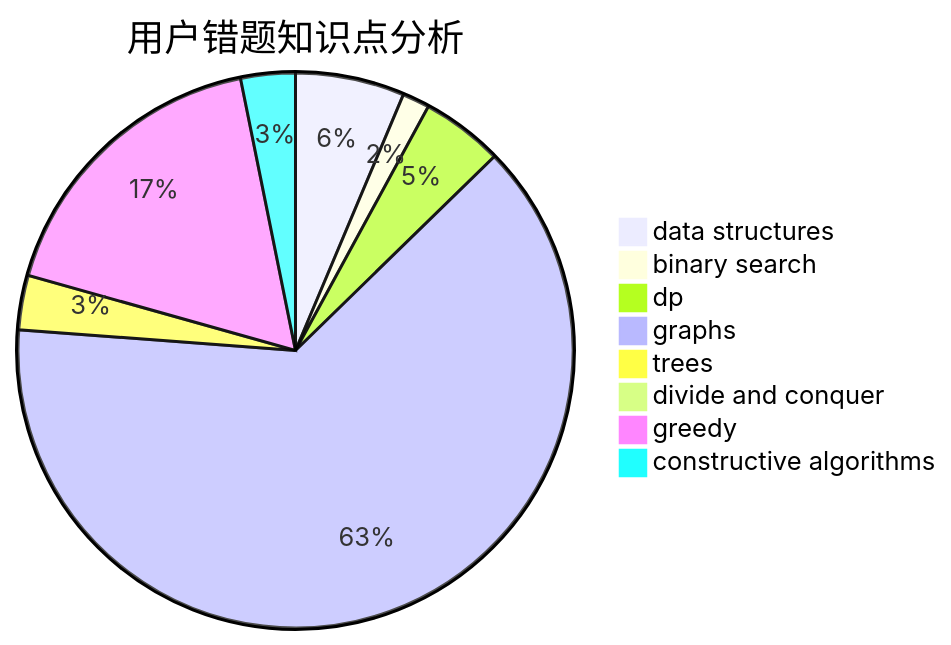
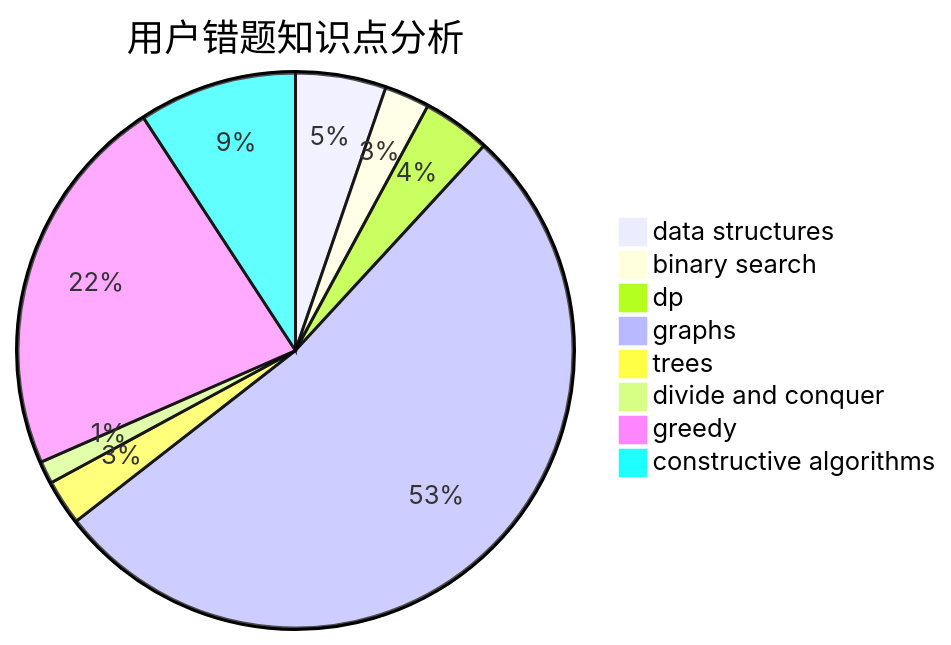
Before and after one commit to sherpahu/cfrs.github.io: the third of 3 diagrams in docs/user/u1888.md, drawn with Mermaid. The commit also changed other lines of this file and 2770 other files, not shown here.

````diff
--- a/docs/user/u1888.md
+++ b/docs/user/u1888.md
@@ -36,11 +36,11 @@
 ```mermaid
 pie title 用户错题知识点分析
     "data structures" :  4
-    "binary search" :  1
+    "binary search" :  2
     "dp" :  3
     "graphs" :  40
     "trees" :  2
-    "divide and conquer" :  0
-    "greedy" :  11
-    "constructive algorithms" :  2
+    "divide and conquer" :  1
+    "greedy" :  17
+    "constructive algorithms" :  7
 ```
````
